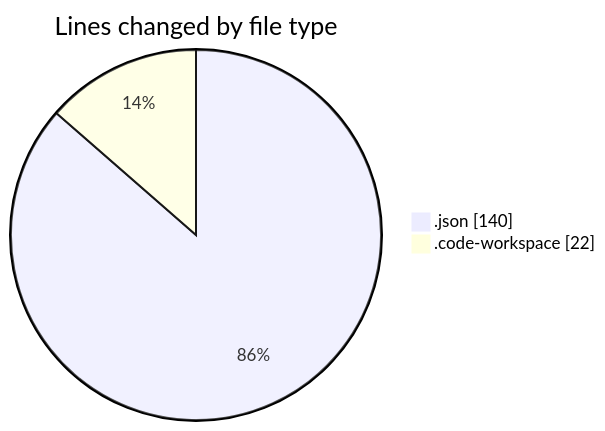
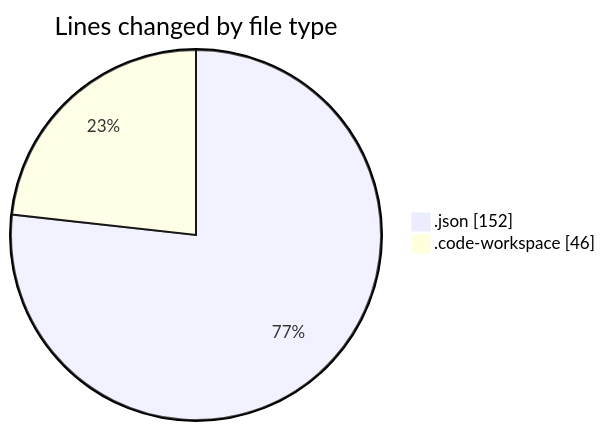
Before and after one commit to jadenblack/code-tracking: the first of 2 diagrams in 2026-02-26/shadcn-admin-kit-main__workspace_/README.md, drawn with Mermaid. The commit also changed other lines of this file and 1 other file, not shown here.

````diff
--- a/2026-02-26/shadcn-admin-kit-main__workspace_/README.md
+++ b/2026-02-26/shadcn-admin-kit-main__workspace_/README.md
@@ -22,6 +22,6 @@
 ```mermaid
 pie showData
 title Lines changed by file type
-".json" : 140
-".code-workspace" : 22
+".json" : 152
+".code-workspace" : 46
 ```
````
